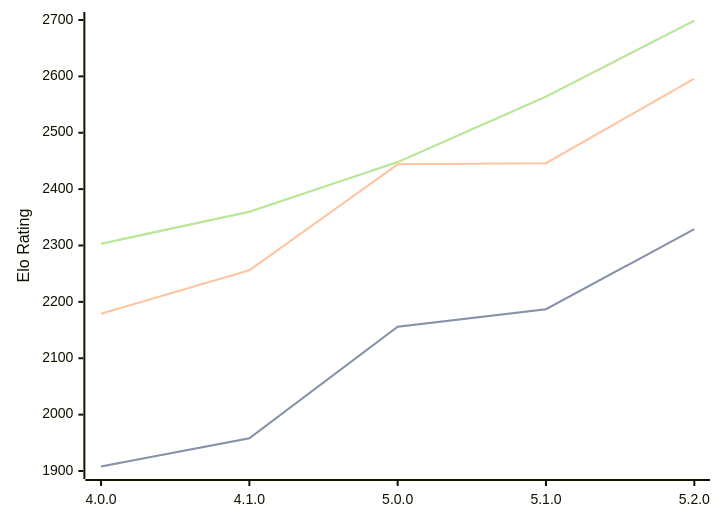
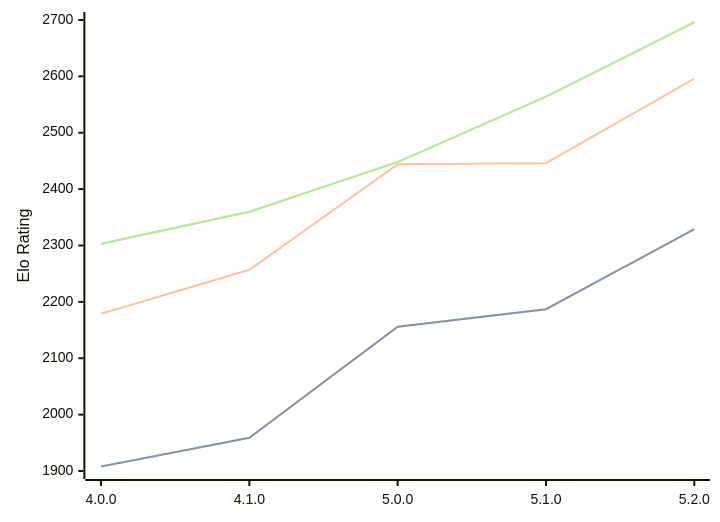
One commit to computer-chess-index/cci changed the diagram in engines/Aconcagua.md. Above: the diagram before and after it, drawn with Mermaid. The commit also changed other lines of this file, not shown here.

Commit message:
Update CCI Ratings (ELO VLTC) - 2026-08-23

````diff
--- a/engines/Aconcagua.md
+++ b/engines/Aconcagua.md
@@ -35,11 +35,11 @@
 ```mermaid
 %%{init: {"theme":"base","themeVariables":{"seriesColors:['#a3a3a3','#222221','#faa371']}}}%%
 xychart-beta
   x-axis ["4.0.0", "4.1.0", "5.0.0", "5.1.0", "5.2.0"]
   y-axis "Elo Rating" 1900 --> 2700
-  line "STC (8.0+0.08s)" [1908, 1958, 2156, 2187, 2329]
-  line "STC (8.0+0.08s)" [1908, 1958, 2156, 2187, 2329]
-  line "LTC (60.0+0.60s)" [2179, 2256, 2444, 2446, 2596]
-  line "VLTC (2m24s+1.12s)" [2303, 2360, 2448, 2564, 2699]
-  line "VLTC (2m24s+1.12s)" [2303, 2360, 2448, 2564, 2699]
+  line "STC (8.0+0.08s)" [1908, 1959, 2156, 2187, 2329]
+  line "STC (8.0+0.08s)" [1908, 1959, 2156, 2187, 2329]
+  line "LTC (60.0+0.60s)" [2179, 2257, 2444, 2446, 2596]
+  line "VLTC (2m24s+1.12s)" [2303, 2360, 2448, 2564, 2696]
+  line "VLTC (2m24s+1.12s)" [2303, 2360, 2448, 2564, 2696]
 ```
````
